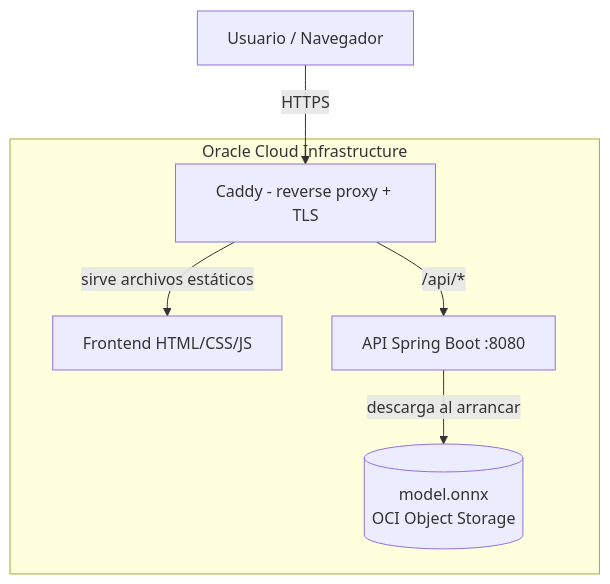
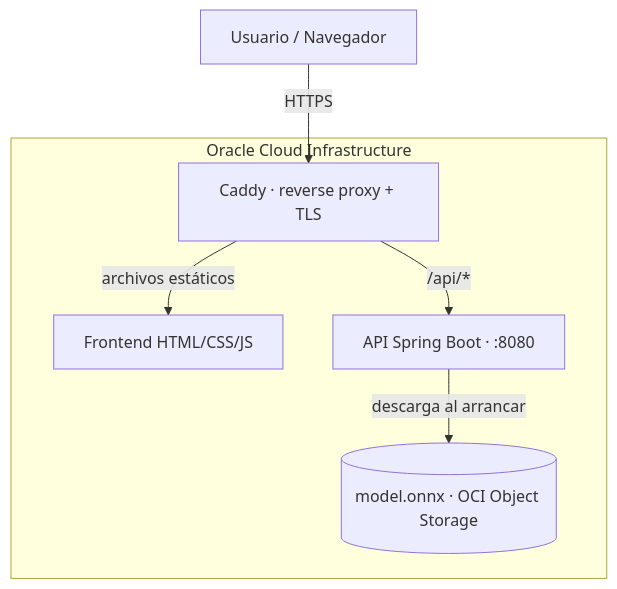
Before and after one commit to No-Country-simulation/G9-LATAM-Team-69: the diagram in README.md, drawn with Mermaid. The commit also changed other lines of this file, not shown here.

````diff
--- a/README.md
+++ b/README.md
@@ -19,13 +18,13 @@
 ```mermaid
 flowchart TD
-    U[Usuario / Navegador] -->|HTTPS| C[Caddy - reverse proxy + TLS]
-    C -->|sirve archivos estáticos| F[Frontend HTML/CSS/JS]
-    C -->|/api/*| A[API Spring Boot :8080]
-    A -->|descarga al arrancar| M[(model.onnx<br/>OCI Object Storage)]
+    U[Usuario / Navegador] -->|HTTPS| C[Caddy · reverse proxy + TLS]
+    C -->|archivos estáticos| F[Frontend HTML/CSS/JS]
+    C -->|/api/*| A[API Spring Boot · :8080]
+    A -->|descarga al arrancar| M[(model.onnx · OCI Object Storage)]
     subgraph OCI[Oracle Cloud Infrastructure]
         C
         F
         A
         M
     end
 ```
````
